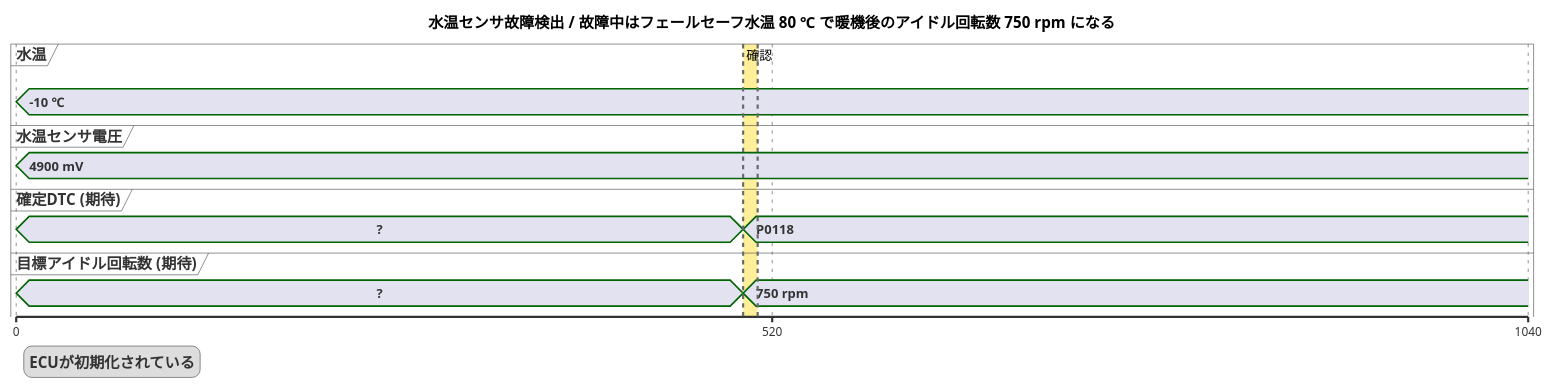
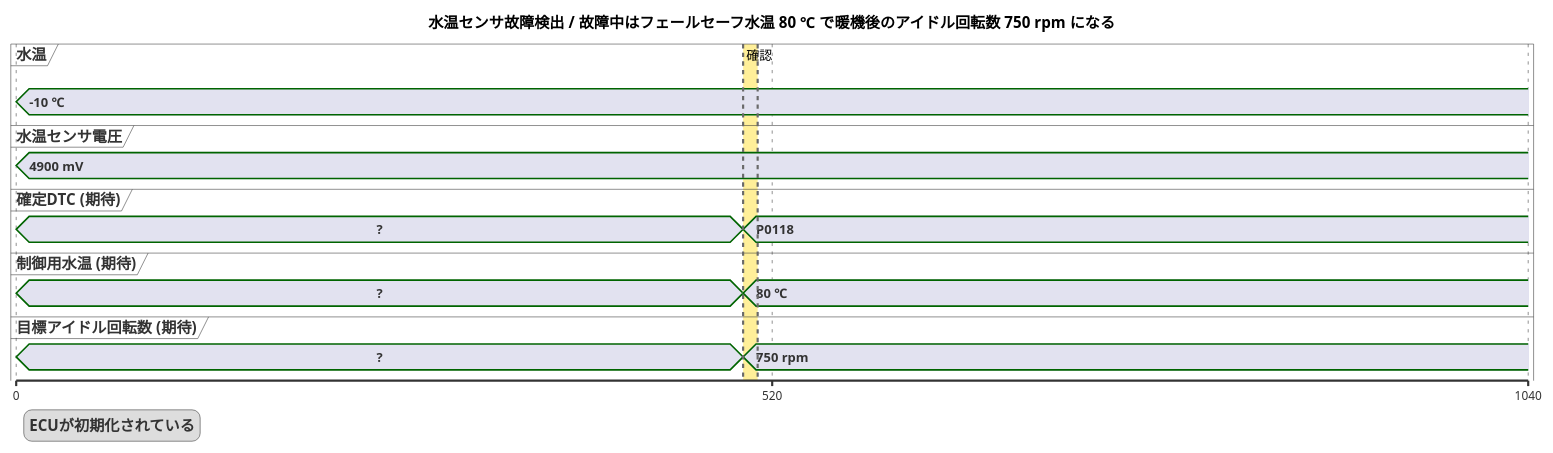
Before and after one commit to YitKubo/poc_bdd: the diagram in charts/ect_sensor_diag/故障中はフェールセーフ水温_80_℃_で暖機後のアイドル回転数_750_rpm_になる.puml, drawn with PlantUML. The commit also changed 51 other files, not shown here.

```diff
--- a/charts/ect_sensor_diag/故障中はフェールセーフ水温_80_℃_で暖機後のアイドル回転数_750_rpm_になる.puml
+++ b/charts/ect_sensor_diag/故障中はフェールセーフ水温_80_℃_で暖機後のアイドル回転数_750_rpm_になる.puml
@@ -1,23 +1,26 @@
 @startuml
 skinparam defaultFontName IPAGothic
 title 水温センサ故障検出 / 故障中はフェールセーフ水温 80 ℃ で暖機後のアイドル回転数 750 rpm になる
 scale 520 as 700 pixels
 legend left
   ECUが初期化されている
 endlegend
 concise "水温" as s0
 concise "水温センサ電圧" as s1
 concise "確定DTC (期待)" as s2
-concise "目標アイドル回転数 (期待)" as s3
+concise "制御用水温 (期待)" as s3
+concise "目標アイドル回転数 (期待)" as s4
 
 @0
 s0 is "-10 ℃"
 s1 is "4900 mV"
 s2 is "?"
 s3 is "?"
+s4 is "?"
 @500
 s2 is "P0118"
-s3 is "750 rpm"
+s3 is "80 ℃"
+s4 is "750 rpm"
 @520
 highlight 500 to 510 #FFD70066;line:DimGrey : 確認
 @enduml
```
